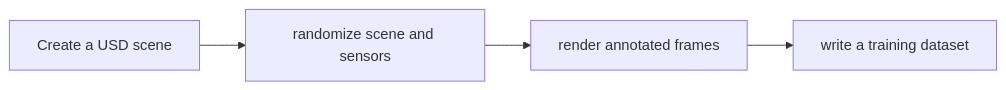
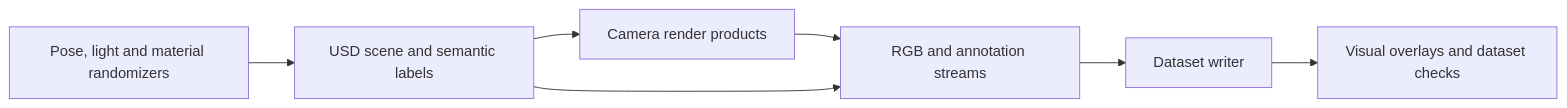
Before and after one commit to james-joobs/awesome-nvidia-physical-ai: the diagram in docs/en/replicator.md, drawn with Mermaid. The commit also changed other lines of this file and 187 other files, not shown here.

Commit message:
Expand bilingual guides with official architecture references

````diff
--- a/docs/en/replicator.md
+++ b/docs/en/replicator.md
@@ -11,7 +18,15 @@
 ```mermaid
 flowchart LR
-    n0["Create a USD scene"] --> n1
-    n1["randomize scene and sensors"] --> n2
-    n2["render annotated frames"] --> n3
-    n3["write a training dataset"]
+    stage["USD scene and semantic labels"]
+    rand["Pose, light and material randomizers"]
+    render["Camera render products"]
+    anno["RGB and annotation streams"]
+    writer["Dataset writer"]
+    qa["Visual overlays and dataset checks"]
+    rand --> stage
+    stage --> render
+    render --> anno
+    stage --> anno
+    anno --> writer
+    writer --> qa
 ```
````
